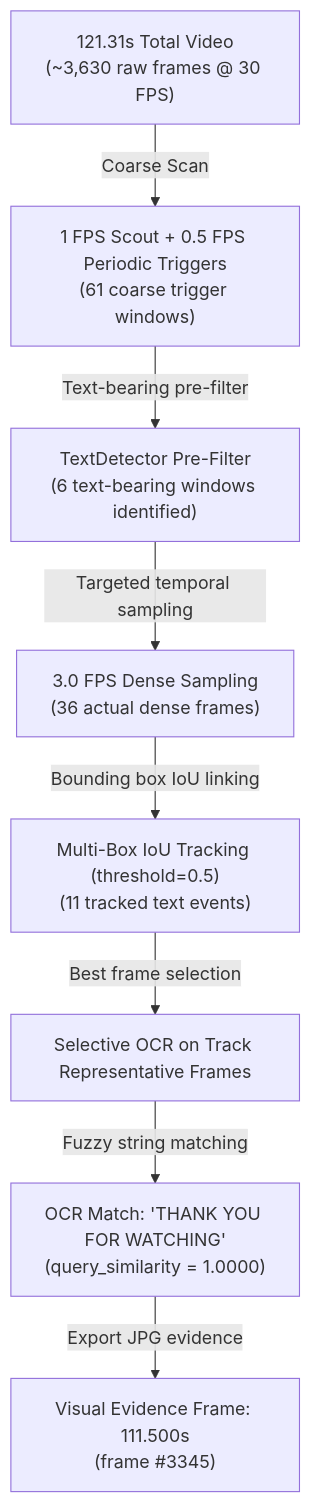
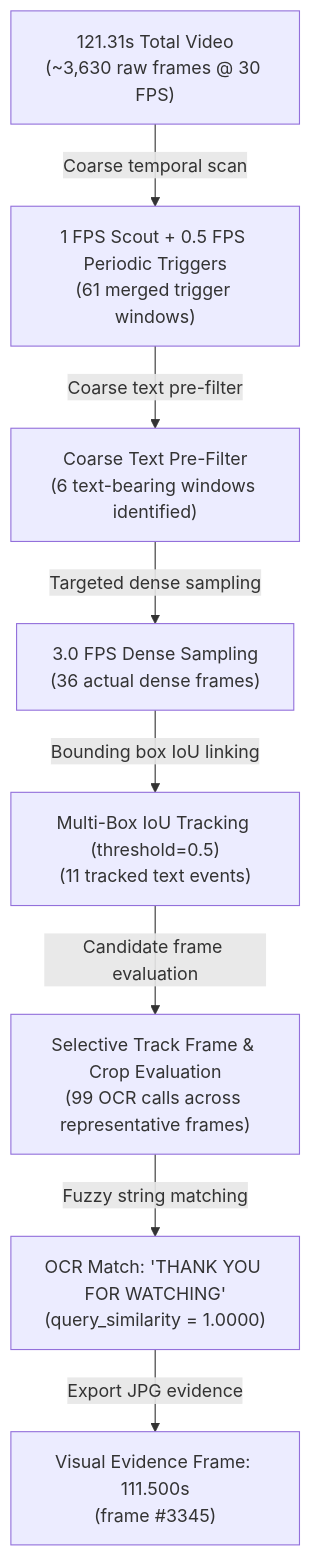
Before and after one commit to Saravanan7272/quest1: the second of 2 diagrams in README.md, drawn with Mermaid. The commit also changed other lines of this file and 3 other files, not shown here.

Commit message:
docs: add system architecture and testing documentation, and update project metadata

````diff
--- a/README.md
+++ b/README.md
@@ -76,19 +79,19 @@
 ```mermaid
 flowchart TD
     FULL["121.31s Total Video\n(~3,630 raw frames @ 30 FPS)"]
-    WINDOW_SCOUT["1 FPS Scout + 0.5 FPS Periodic Triggers\n(61 coarse trigger windows)"]
-    TEXT_FILTER["TextDetector Pre-Filter\n(6 text-bearing windows identified)"]
+    WINDOW_SCOUT["1 FPS Scout + 0.5 FPS Periodic Triggers\n(61 merged trigger windows)"]
+    TEXT_FILTER["Coarse Text Pre-Filter\n(6 text-bearing windows identified)"]
     DENSE_SAMPLES["3.0 FPS Dense Sampling\n(36 actual dense frames)"]
     TRACKING["Multi-Box IoU Tracking (threshold=0.5)\n(11 tracked text events)"]
-    OCR_EVAL["Selective OCR on Track Representative Frames"]
+    OCR_EVAL["Selective Track Frame & Crop Evaluation\n(99 OCR calls across representative frames)"]
     EXACT_MATCH["OCR Match: 'THANK YOU FOR WATCHING'\n(query_similarity = 1.0000)"]
     FINAL_EVIDENCE["Visual Evidence Frame: 111.500s\n(frame #3345)"]
 
-    FULL -->|Coarse Scan| WINDOW_SCOUT
-    WINDOW_SCOUT -->|Text-bearing pre-filter| TEXT_FILTER
-    TEXT_FILTER -->|Targeted temporal sampling| DENSE_SAMPLES
+    FULL -->|Coarse temporal scan| WINDOW_SCOUT
+    WINDOW_SCOUT -->|Coarse text pre-filter| TEXT_FILTER
+    TEXT_FILTER -->|Targeted dense sampling| DENSE_SAMPLES
     DENSE_SAMPLES -->|Bounding box IoU linking| TRACKING
-    TRACKING -->|Best frame selection| OCR_EVAL
+    TRACKING -->|Candidate frame evaluation| OCR_EVAL
     OCR_EVAL -->|Fuzzy string matching| EXACT_MATCH
     EXACT_MATCH -->|Export JPG evidence| FINAL_EVIDENCE
 ```
````
